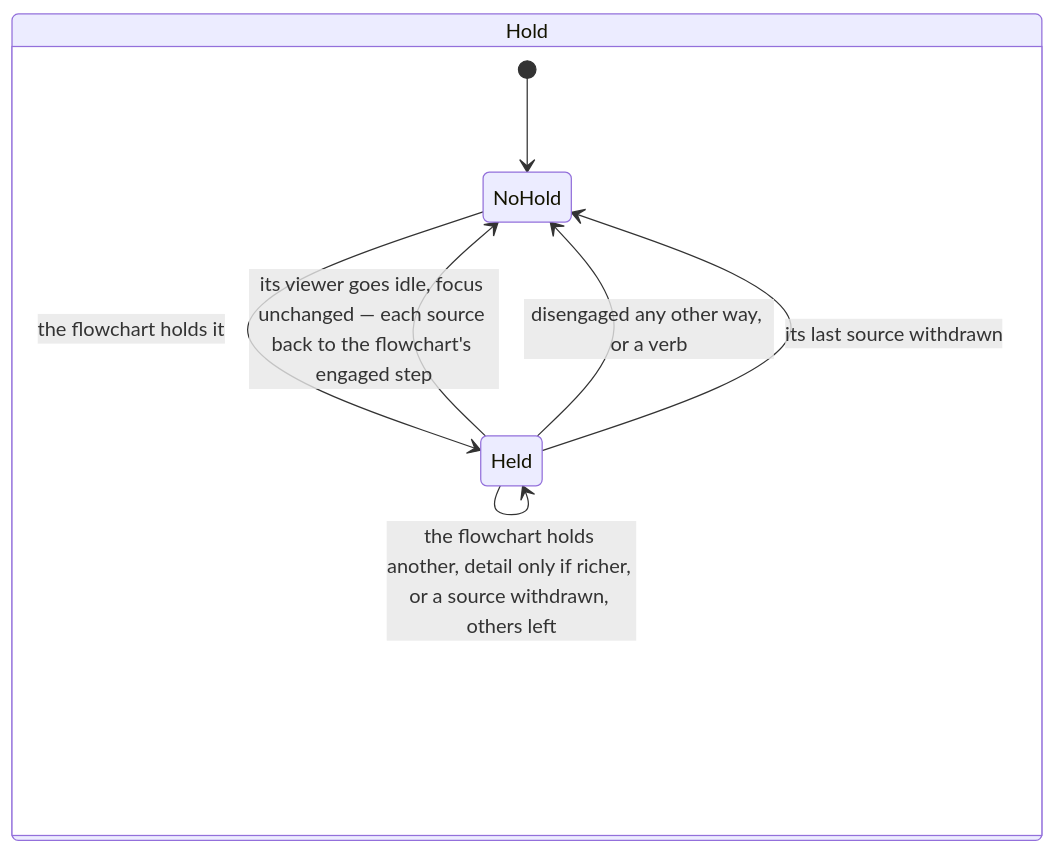
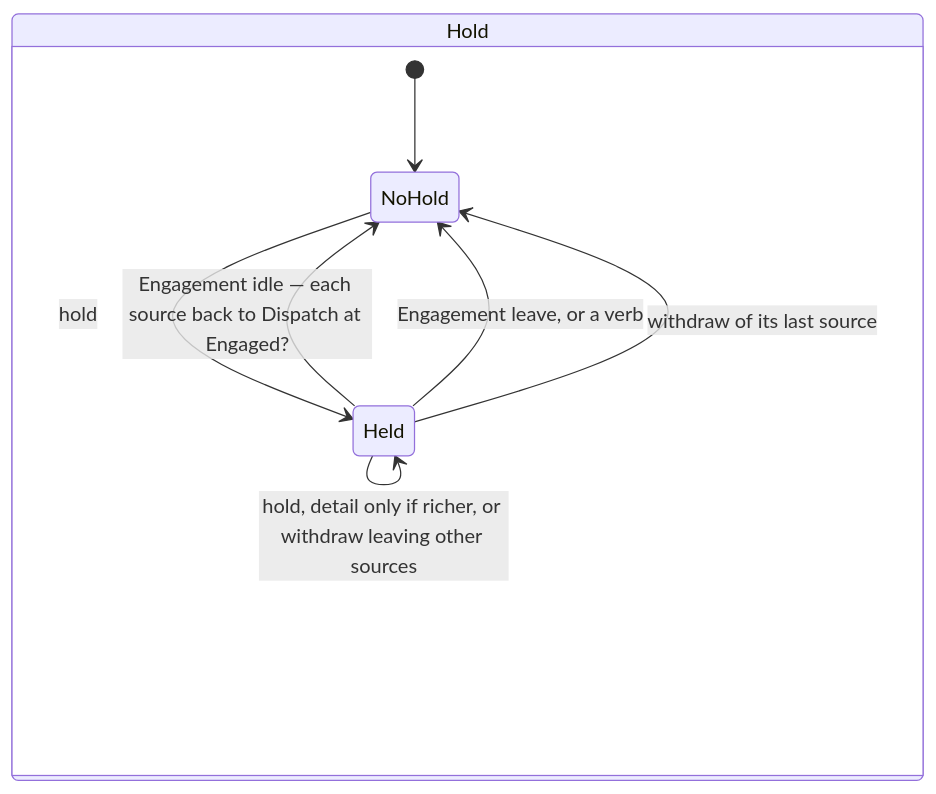
Before and after one commit to diffplug/dormouse: the tenth of 16 diagrams in docs/specs/alert.md, drawn with Mermaid. The commit also changed other lines of this file and 3 other files, not shown here.

````diff
--- a/docs/specs/alert.md
+++ b/docs/specs/alert.md
@@ -212,11 +254,11 @@
 ```mermaid
 stateDiagram-v2
   state "Hold" as Hold {
     [*] --> NoHold
-    NoHold --> Held: the flowchart holds it
-    Held --> Held: the flowchart holds another, detail only if richer, or a source withdrawn, others left
-    Held --> NoHold: its viewer goes idle, focus unchanged — each source back to the flowchart's engaged step
-    Held --> NoHold: disengaged any other way, or a verb
-    Held --> NoHold: its last source withdrawn
+    NoHold --> Held: hold
+    Held --> Held: hold, detail only if richer, or withdraw leaving other sources
+    Held --> NoHold: Engagement idle — each source back to Dispatch at Engaged?
+    Held --> NoHold: Engagement leave, or a verb
+    Held --> NoHold: withdraw of its last source
   }
 ```
````
